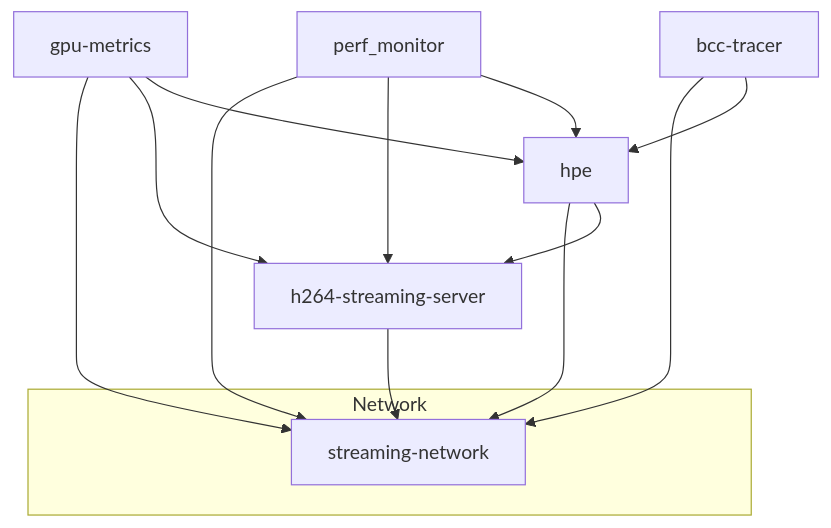
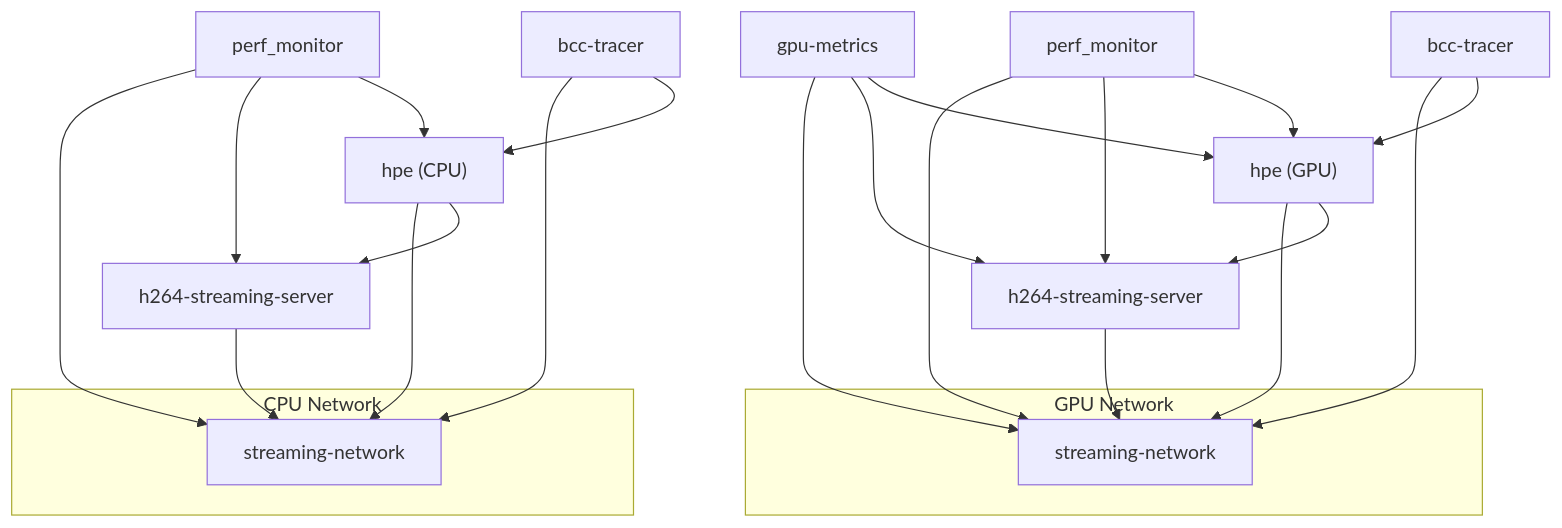
The fourth of 7 diagrams in .qoder/repowiki/en/content/Monitoring and Analytics/Metrics Collection.md (Fogus-Gr/MeasurementsDTs), drawn with Mermaid before and after one commit. The commit also changed other lines of this file and 5 other files, not shown here.

````diff
--- a/.qoder/repowiki/en/content/Monitoring and Analytics/Metrics Collection.md
+++ b/.qoder/repowiki/en/content/Monitoring and Analytics/Metrics Collection.md
@@ -204,17 +276,28 @@
 ```mermaid
 graph TB
-subgraph "Network"
-N["streaming-network"]
+subgraph "GPU Network"
+N_GPU["streaming-network"]
 end
-H264["h264-streaming-server"] --> N
-HPE["hpe"] --> N
-GM["gpu-metrics"] --> N
-PM["perf_monitor"] --> N
-BT["bcc-tracer"] --> N
-HPE --> H264
-GM --> H264
-GM --> HPE
-PM --> H264
-PM --> HPE
-BT --> HPE
+subgraph "CPU Network"
+N_CPU["streaming-network"]
+end
+H264_GPU["h264-streaming-server"] --> N_GPU
+H264_CPU["h264-streaming-server"] --> N_CPU
+HPE_GPU["hpe (GPU)"] --> N_GPU
+HPE_CPU["hpe (CPU)"] --> N_CPU
+GM_GPU["gpu-metrics"] --> N_GPU
+PM_GPU["perf_monitor"] --> N_GPU
+PM_CPU["perf_monitor"] --> N_CPU
+BT_GPU["bcc-tracer"] --> N_GPU
+BT_CPU["bcc-tracer"] --> N_CPU
+HPE_GPU --> H264_GPU
+HPE_CPU --> H264_CPU
+GM_GPU --> H264_GPU
+GM_GPU --> HPE_GPU
+PM_GPU --> H264_GPU
+PM_GPU --> HPE_GPU
+PM_CPU --> H264_CPU
+PM_CPU --> HPE_CPU
+BT_GPU --> HPE_GPU
+BT_CPU --> HPE_CPU
 ```
````
